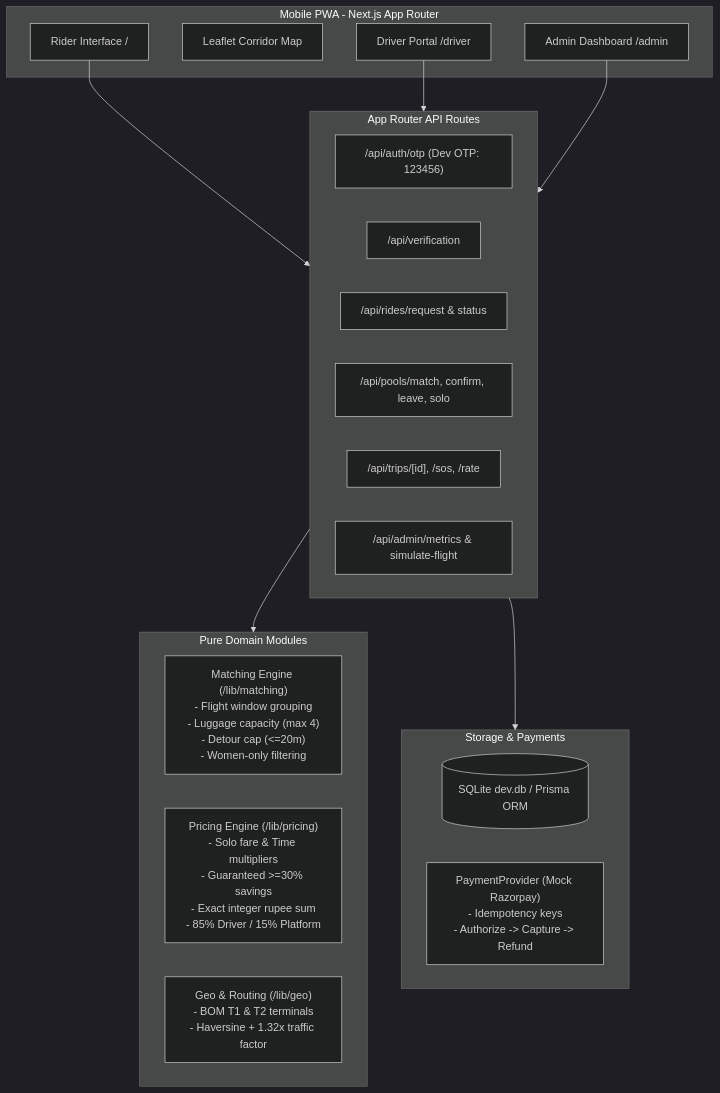
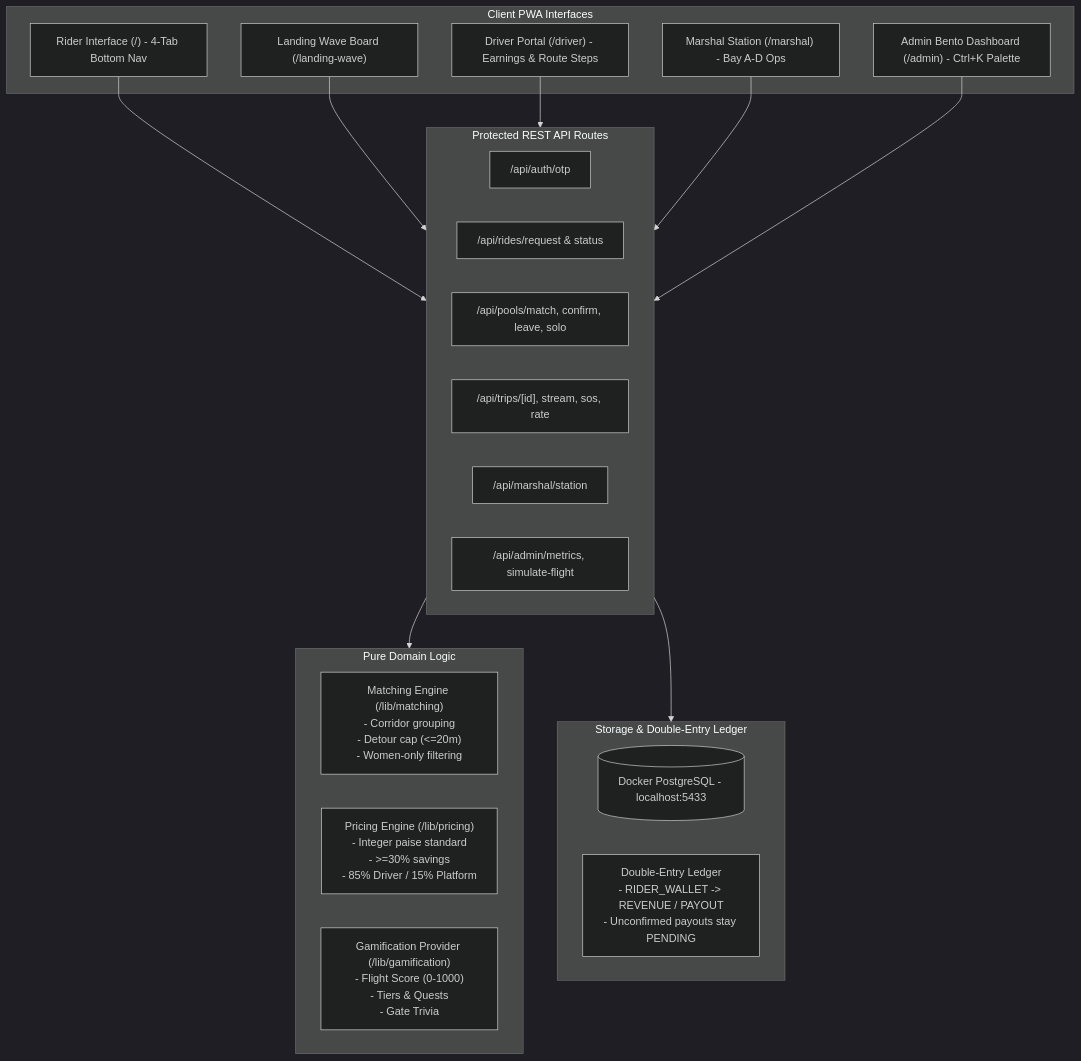
One commit to Rohith00345/FlightPool changed the diagram in README.md. Above: the diagram before and after it, drawn with Mermaid (dark theme). The commit also changed other lines of this file and 6 other files, not shown here.

Commit message:
docs(part-d): add design system, gamification, ui report, deploy steps, demo script, and update README

````diff
--- a/README.md
+++ b/README.md
@@ -46,35 +40,38 @@
 ```mermaid
 flowchart TD
-    subgraph Client [Mobile PWA - Next.js App Router]
-        UI[Rider Interface /]
-        Map[Leaflet Corridor Map]
-        DriverUI[Driver Portal /driver]
-        AdminUI[Admin Dashboard /admin]
+    subgraph Client [Client PWA Interfaces]
+        RiderUI["Rider Interface (/) - 4-Tab Bottom Nav"]
+        WaveUI["Landing Wave Board (/landing-wave)"]
+        DriverUI["Driver Portal (/driver) - Earnings & Route Steps"]
+        MarshalUI["Marshal Station (/marshal) - Bay A-D Ops"]
+        AdminUI["Admin Bento Dashboard (/admin) - Ctrl+K Palette"]
     end
 
-    subgraph CoreEngines [Pure Domain Modules]
-        MatchEngine["Matching Engine (/lib/matching)\n- Flight window grouping\n- Luggage capacity (max 4)\n- Detour cap (<=20m)\n- Women-only filtering"]
-        PriceEngine["Pricing Engine (/lib/pricing)\n- Solo fare & Time multipliers\n- Guaranteed >=30% savings\n- Exact integer rupee sum\n- 85% Driver / 15% Platform"]
-        GeoModule["Geo & Routing (/lib/geo)\n- BOM T1 & T2 terminals\n- Haversine + 1.32x traffic factor"]
+    subgraph CoreEngines [Pure Domain Logic]
+        MatchEngine["Matching Engine (/lib/matching)\n- Corridor grouping\n- Detour cap (<=20m)\n- Women-only filtering"]
+        PriceEngine["Pricing Engine (/lib/pricing)\n- Integer paise standard\n- >=30% savings\n- 85% Driver / 15% Platform"]
+        GameEngine["Gamification Provider (/lib/gamification)\n- Flight Score (0-1000)\n- Tiers & Quests\n- Gate Trivia"]
     end
 
-    subgraph BackendAPI [App Router API Routes]
-        AuthAPI["/api/auth/otp (Dev OTP: 123456)"]
-        VerifyAPI["/api/verification"]
+    subgraph BackendAPI [Protected REST API Routes]
+        AuthAPI["/api/auth/otp"]
         RidesAPI["/api/rides/request & status"]
         PoolsAPI["/api/pools/match, confirm, leave, solo"]
-        TripsAPI["/api/trips/[id], /sos, /rate"]
-        AdminAPI["/api/admin/metrics & simulate-flight"]
+        TripsAPI["/api/trips/[id], stream, sos, rate"]
+        MarshalAPI["/api/marshal/station"]
+        AdminAPI["/api/admin/metrics, simulate-flight"]
     end
 
-    subgraph DataPayments [Storage & Payments]
-        PrismaDB[(SQLite dev.db / Prisma ORM)]
-        MockRazorpay["PaymentProvider (Mock Razorpay)\n- Idempotency keys\n- Authorize -> Capture -> Refund"]
+    subgraph DataLedger [Storage & Double-Entry Ledger]
+        Postgres[(Docker PostgreSQL - localhost:5433)]
+        Ledger["Double-Entry Ledger\n- RIDER_WALLET -> REVENUE / PAYOUT\n- Unconfirmed payouts stay PENDING"]
     end
 
-    UI --> BackendAPI
+    RiderUI --> BackendAPI
+    WaveUI --> BackendAPI
     DriverUI --> BackendAPI
+    MarshalUI --> BackendAPI
     AdminUI --> BackendAPI
     BackendAPI --> CoreEngines
-    BackendAPI --> DataPayments
+    BackendAPI --> DataLedger
 ```
````
